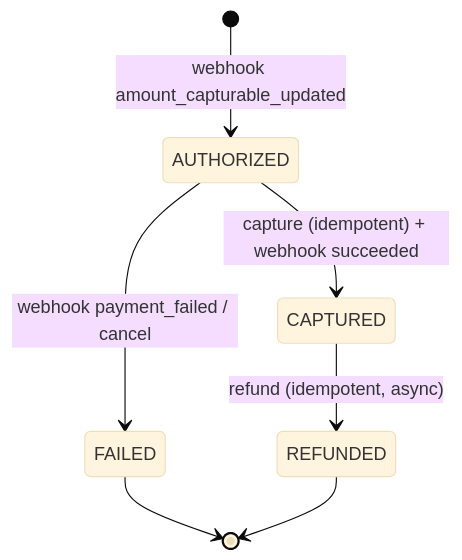
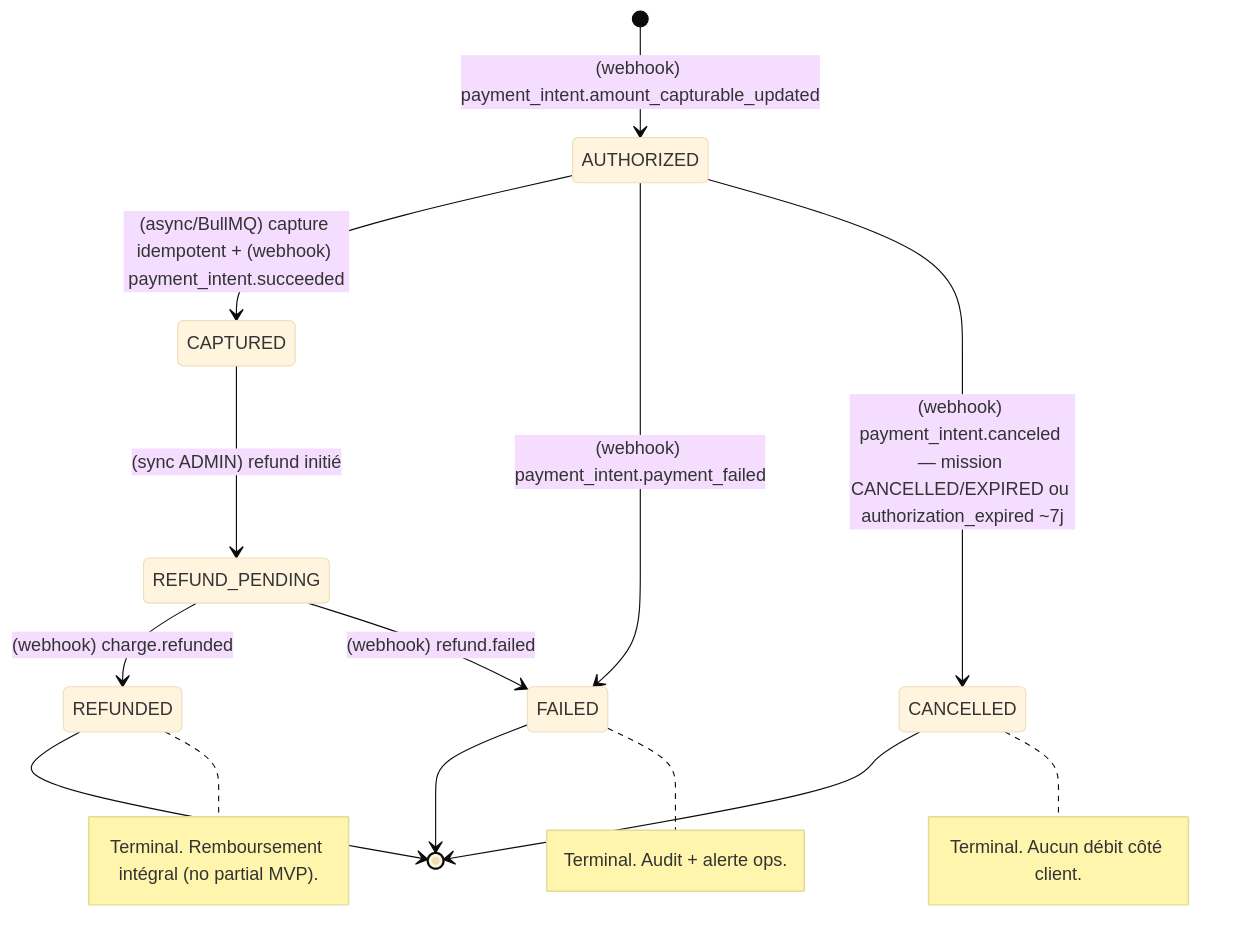
One commit to Kyria-Zaire/clean-connect changed the first of 7 diagrams in docs/prd/PRD-003-photos-paiements.md. Above: the diagram before and after it, drawn with Mermaid (base theme). The commit also changed other lines of this file and 15 other files, not shown here.

````diff
--- a/docs/prd/PRD-003-photos-paiements.md
+++ b/docs/prd/PRD-003-photos-paiements.md
@@ -320,9 +329,16 @@
 ```mermaid
 stateDiagram-v2
-  [*] --> AUTHORIZED: webhook amount_capturable_updated
-  AUTHORIZED --> CAPTURED: capture (idempotent) + webhook succeeded
-  AUTHORIZED --> FAILED: webhook payment_failed / cancel
-  CAPTURED --> REFUNDED: refund (idempotent, async)
+  [*] --> AUTHORIZED: (webhook) payment_intent.amount_capturable_updated
+  AUTHORIZED --> CAPTURED: (async/BullMQ) capture idempotent + (webhook) payment_intent.succeeded
+  AUTHORIZED --> FAILED: (webhook) payment_intent.payment_failed
+  AUTHORIZED --> CANCELLED: (webhook) payment_intent.canceled — mission CANCELLED/EXPIRED ou authorization_expired ~7j
+  CAPTURED --> REFUND_PENDING: (sync ADMIN) refund initié
+  REFUND_PENDING --> REFUNDED: (webhook) charge.refunded
+  REFUND_PENDING --> FAILED: (webhook) refund.failed
   FAILED --> [*]
   REFUNDED --> [*]
+  CANCELLED --> [*]
+  note right of CANCELLED: Terminal. Aucun débit côté client.
+  note right of REFUNDED: Terminal. Remboursement intégral (no partial MVP).
+  note right of FAILED: Terminal. Audit + alerte ops.
 ```
````
